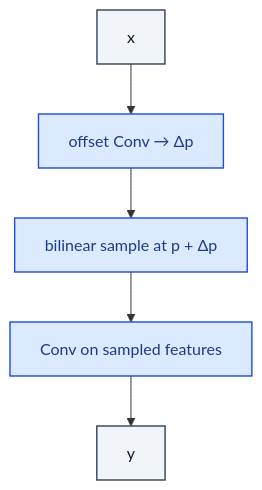
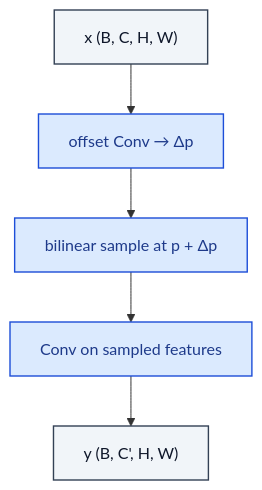
The diagram in cnn_vision/DeformableConv2d.md (RealityShifts/Srivastava-book-of-Blocks-diagrams), drawn with Mermaid before and after one commit. The commit also changed 123 other files, not shown here.

````diff
--- a/cnn_vision/DeformableConv2d.md
+++ b/cnn_vision/DeformableConv2d.md
@@ -7,21 +7,22 @@
 ```mermaid
 flowchart TD
-    n0_0["x"]:::io
+    n0_0["x  (B, C, H, W)"]:::io
     n1_0["offset Conv → Δp"]:::op
     n2_0["bilinear sample at p + Δp"]:::op
     n3_0["Conv on sampled features"]:::op
-    n4_0["y"]:::io
+    n4_0["y  (B, C', H, W)"]:::io
     n0_0 --> n1_0
     n1_0 --> n2_0
     n2_0 --> n3_0
     n3_0 --> n4_0
     classDef io fill:#f1f5f9,stroke:#334155,stroke-width:1.4px,color:#0f172a
     classDef op fill:#dbeafe,stroke:#1d4ed8,stroke-width:1.4px,color:#1e3a8a
     classDef norm fill:#dcfce7,stroke:#15803d,stroke-width:1.4px,color:#14532d
     classDef act fill:#ffedd5,stroke:#c2410c,stroke-width:1.4px,color:#7c2d12
     classDef attn fill:#ede9fe,stroke:#6d28d9,stroke-width:1.4px,color:#4c1d95
     classDef merge fill:#fef3c7,stroke:#b45309,stroke-width:1.4px,color:#78350f
     classDef emb fill:#fef9c3,stroke:#a16207,stroke-width:1.4px,color:#713f12
     classDef loss fill:#fee2e2,stroke:#b91c1c,stroke-width:1.4px,color:#7f1d1d
     classDef ctrl fill:#f5f5f4,stroke:#52525b,stroke-width:1.4px,color:#27272a
+    classDef ref fill:#e0f2fe,stroke:#0369a1,stroke-width:2px,color:#0c4a6e,stroke-dasharray: 4 2
 ```
````
